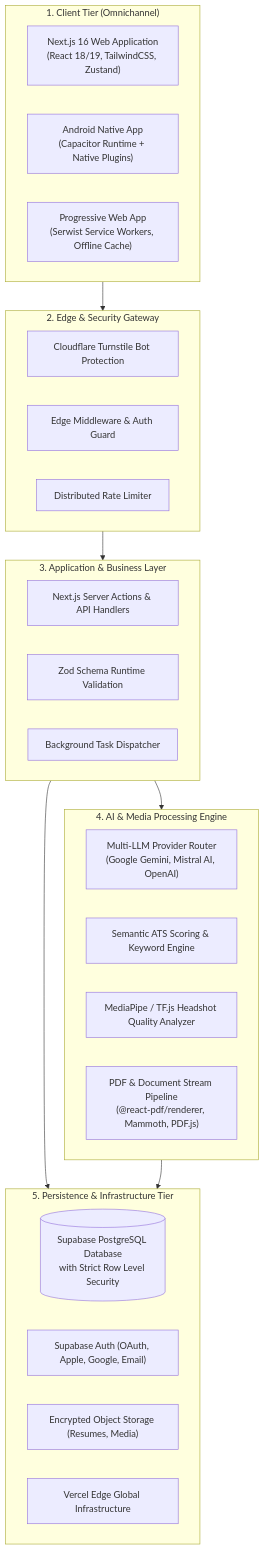
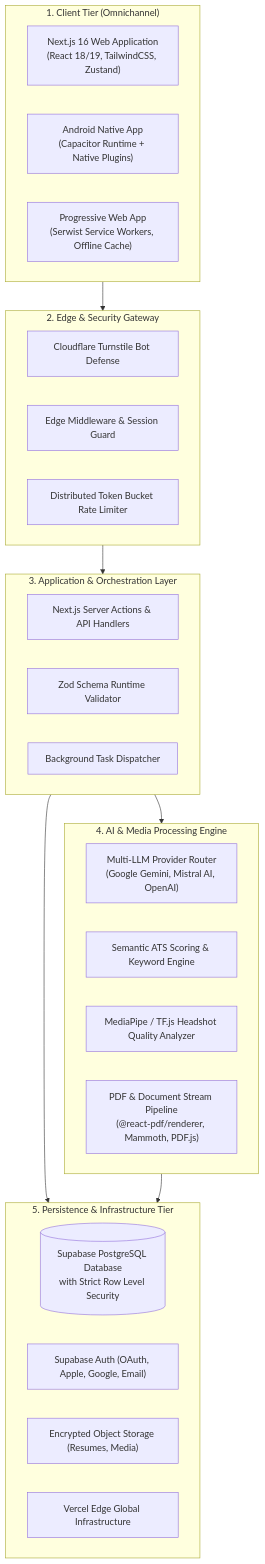
Before and after one commit to Vitalikdeve/resumeai-case-study: the diagram in README.md, drawn with Mermaid. The commit also changed other lines of this file, not shown here.

````diff
--- a/README.md
+++ b/README.md
@@ -33,40 +47,40 @@
 ```mermaid
 flowchart TB
     subgraph Clients["1. Client Tier (Omnichannel)"]
         Web["Next.js 16 Web Application<br/>(React 18/19, TailwindCSS, Zustand)"]
         Mobile["Android Native App<br/>(Capacitor Runtime + Native Plugins)"]
         PWA["Progressive Web App<br/>(Serwist Service Workers, Offline Cache)"]
     end
 
     subgraph EdgeSecurity["2. Edge & Security Gateway"]
-        CF["Cloudflare Turnstile Bot Protection"]
-        EdgeAuth["Edge Middleware & Auth Guard"]
-        RateLimit["Distributed Rate Limiter"]
+        CF["Cloudflare Turnstile Bot Defense"]
+        EdgeAuth["Edge Middleware & Session Guard"]
+        RateLimiter["Distributed Token Bucket Rate Limiter"]
     end
 
-    subgraph CoreBackend["3. Application & Business Layer"]
+    subgraph CoreBackend["3. Application & Orchestration Layer"]
         API["Next.js Server Actions & API Handlers"]
-        ZodValidator["Zod Schema Runtime Validation"]
+        ZodValidator["Zod Schema Runtime Validator"]
         JobOrchestrator["Background Task Dispatcher"]
     end
 
     subgraph AIEngine["4. AI & Media Processing Engine"]
         Router["Multi-LLM Provider Router<br/>(Google Gemini, Mistral AI, OpenAI)"]
         ATSAnalyzer["Semantic ATS Scoring & Keyword Engine"]
         VisionEngine["MediaPipe / TF.js Headshot Quality Analyzer"]
         DocEngine["PDF & Document Stream Pipeline<br/>(@react-pdf/renderer, Mammoth, PDF.js)"]
     end
 
     subgraph Persistence["5. Persistence & Infrastructure Tier"]
         DB[(Supabase PostgreSQL Database<br/>with Strict Row Level Security)]
         AuthService["Supabase Auth (OAuth, Apple, Google, Email)"]
         StorageBucket["Encrypted Object Storage (Resumes, Media)"]
         VercelInfra["Vercel Edge Global Infrastructure"]
     end
 
     Clients --> EdgeSecurity
     EdgeSecurity --> CoreBackend
     CoreBackend --> AIEngine
     CoreBackend --> Persistence
     AIEngine --> Persistence
 ```
````
